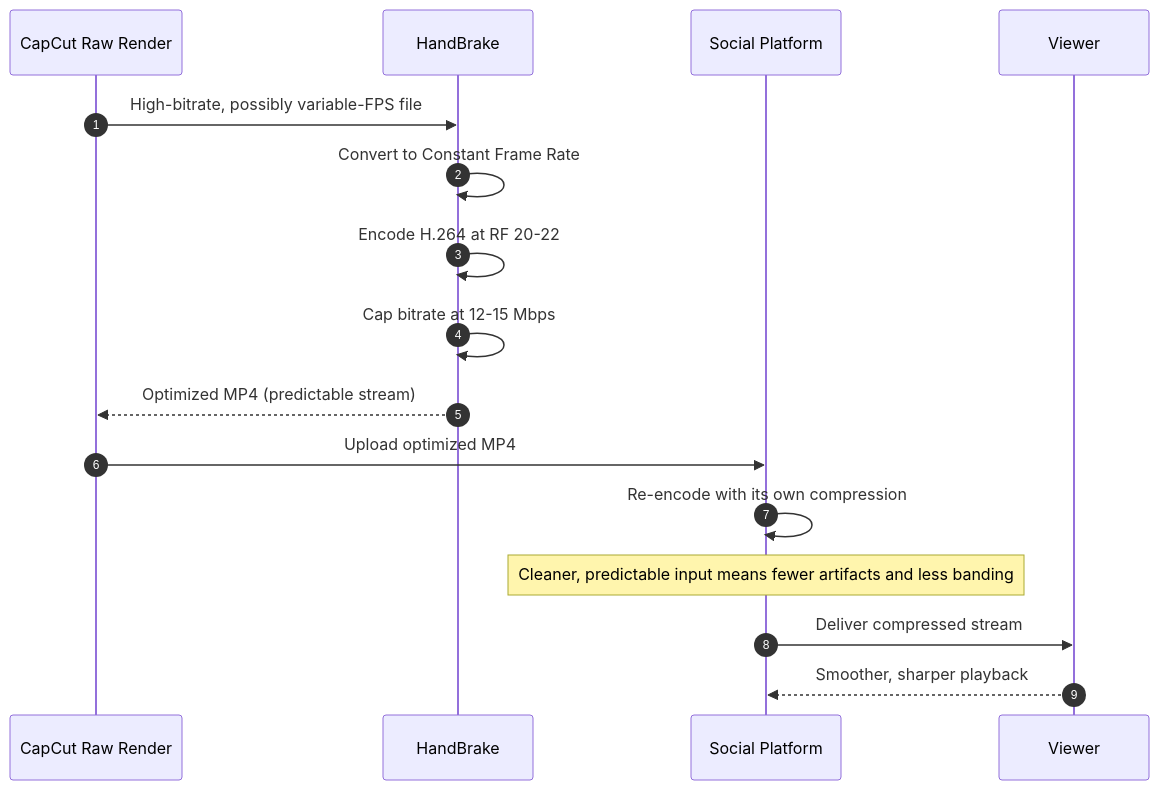
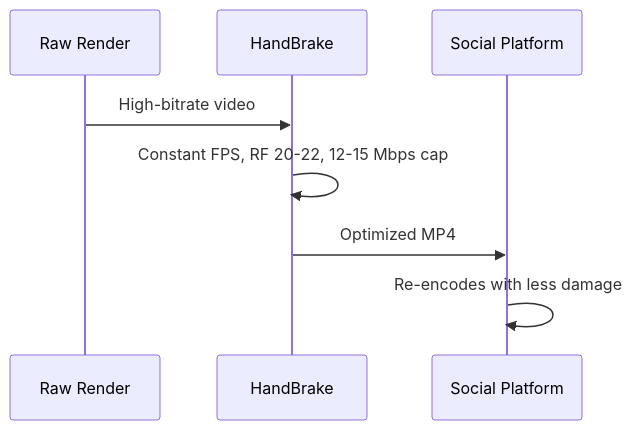
The fourth of 5 diagrams in README.md (Stephanie0i/manga-motion-optimization-pipeline), drawn with Mermaid before and after one commit. The commit also changed other lines of this file, not shown here.

````diff
--- a/README.md
+++ b/README.md
@@ -165,19 +74,10 @@
 ```mermaid
 sequenceDiagram
-    autonumber
-    participant Editor as CapCut Raw Render
-    participant HB as HandBrake
-    participant Platform as Social Platform
-    participant Viewer as Viewer
-
-    Editor->>HB: High-bitrate, possibly variable-FPS file
-    HB->>HB: Convert to Constant Frame Rate
-    HB->>HB: Encode H.264 at RF 20-22
-    HB->>HB: Cap bitrate at 12-15 Mbps
-    HB-->>Editor: Optimized MP4 (predictable stream)
-    Editor->>Platform: Upload optimized MP4
-    Platform->>Platform: Re-encode with its own compression
-    Note over Platform: Cleaner, predictable input means fewer artifacts and less banding
-    Platform->>Viewer: Deliver compressed stream
-    Viewer-->>Platform: Smoother, sharper playback
+    participant R as Raw Render
+    participant H as HandBrake
+    participant P as Social Platform
+    R->>H: High-bitrate video
+    H->>H: Constant FPS, RF 20-22, 12-15 Mbps cap
+    H->>P: Optimized MP4
+    P->>P: Re-encodes with less damage
 ```
````
